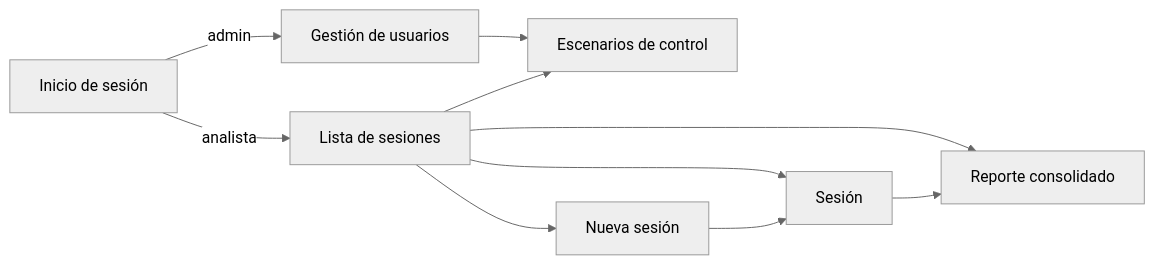
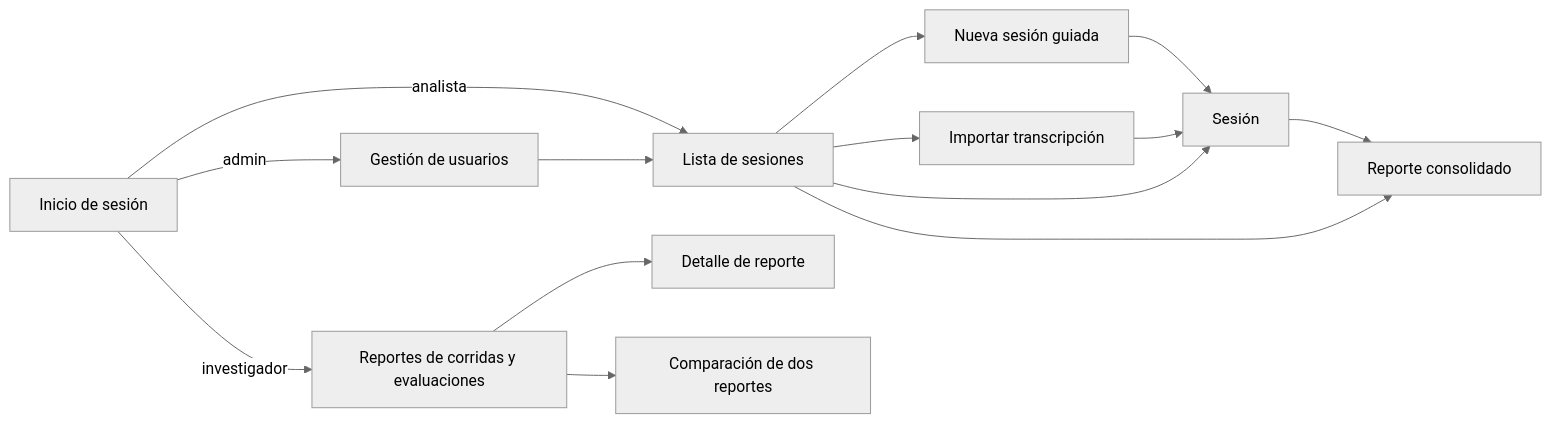
Before and after one commit to freyesJaveriana/tai: the diagram in aidlc/spaces/default/intents/261002-veridicus-mvp/inception/refined-mockups/mockups.md, drawn with Mermaid (neutral theme). The commit also changed other lines of this file and 12 other files, not shown here.

````diff
--- a/aidlc/spaces/default/intents/261002-veridicus-mvp/inception/refined-mockups/mockups.md
+++ b/aidlc/spaces/default/intents/261002-veridicus-mvp/inception/refined-mockups/mockups.md
@@ -32,12 +71,16 @@
 ```mermaid
 flowchart LR
   L[Inicio de sesión] -->|analista| S[Lista de sesiones]
   L -->|admin| U[Gestión de usuarios]
-  S --> C[Escenarios de control]
-  S --> N[Nueva sesión]
+  U --> S
+  L -->|investigador| E[Reportes de corridas y evaluaciones]
+  S --> N[Nueva sesión guiada]
+  S --> I[Importar transcripción]
   N --> V[Sesión]
+  I --> V
   S --> V
   V --> R[Reporte consolidado]
   S --> R
-  U --> C
+  E --> D[Detalle de reporte]
+  E --> C[Comparación de dos reportes]
 ```
````
